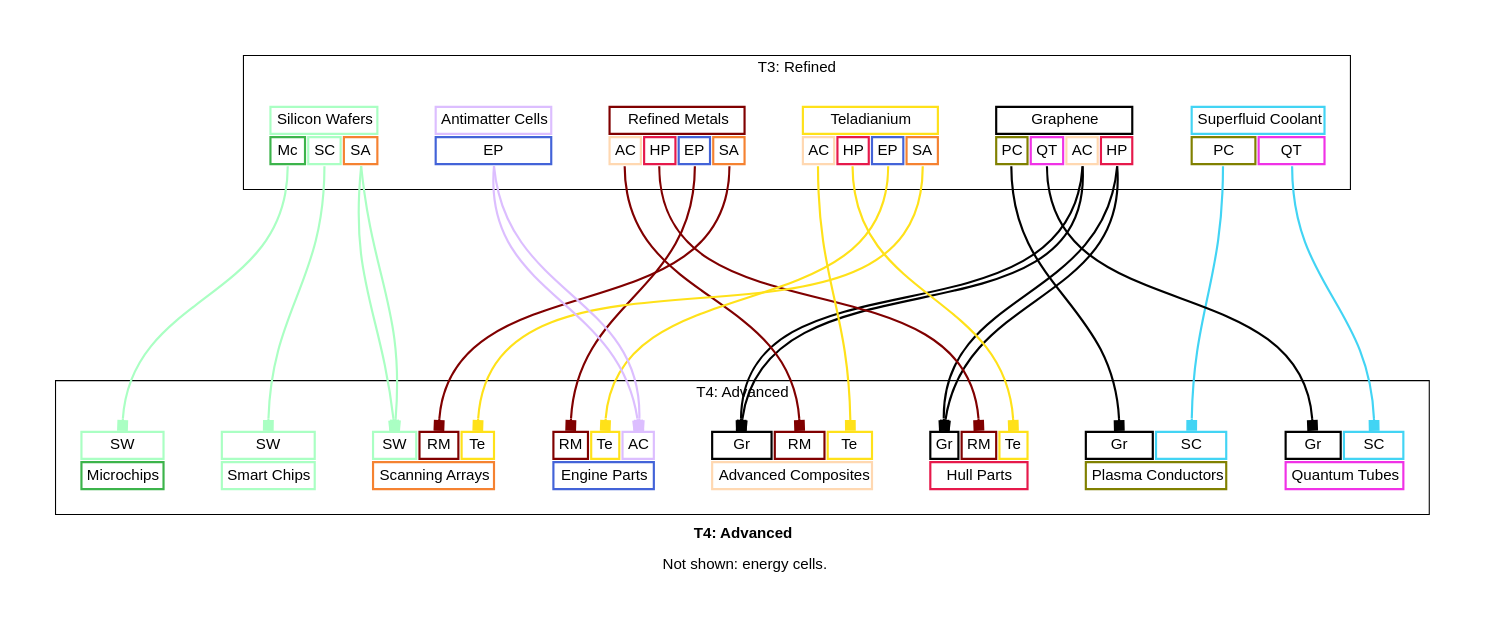
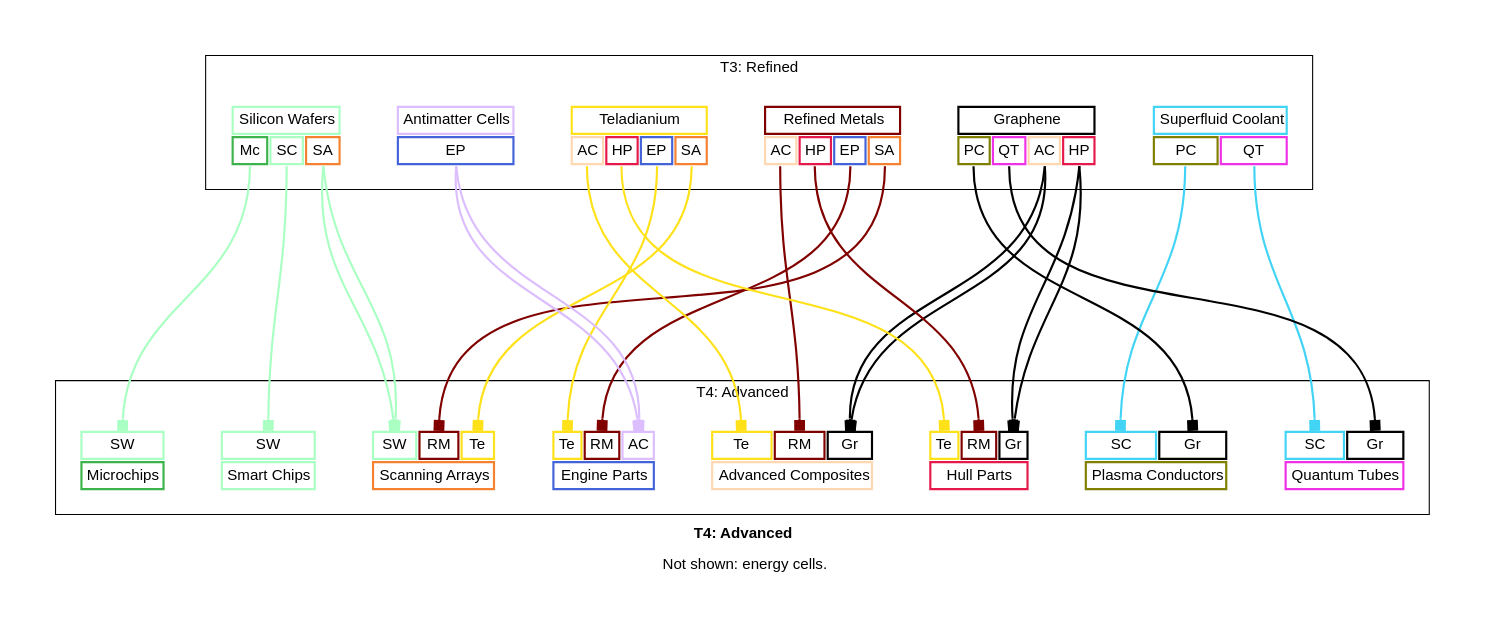
One commit to borntyping/x4-diagrams changed the diagram in docs/t4_advanced_graph_simplified.dot. Above: the diagram before and after it, drawn with Graphviz. The commit also changed other lines of this file and 47 other files, not shown here.

```diff
--- a/docs/t4_advanced_graph_simplified.dot
+++ b/docs/t4_advanced_graph_simplified.dot
@@ -116,9 +116,9 @@
   
     <tr>
       
+        <td align="text" bgcolor="white" color="#42d4f4" port="superfluid_coolant">SC</td>
+      
         <td align="text" bgcolor="white" color="#000000" port="graphene">Gr</td>
-      
-        <td align="text" bgcolor="white" color="#42d4f4" port="superfluid_coolant">SC</td>
       
     </tr>
   
@@ -131,9 +131,9 @@
   
     <tr>
       
+        <td align="text" bgcolor="white" color="#42d4f4" port="superfluid_coolant">SC</td>
+      
         <td align="text" bgcolor="white" color="#000000" port="graphene">Gr</td>
-      
-        <td align="text" bgcolor="white" color="#42d4f4" port="superfluid_coolant">SC</td>
       
     </tr>
   
@@ -146,11 +146,11 @@
   
     <tr>
       
-        <td align="text" bgcolor="white" color="#000000" port="graphene">Gr</td>
+        <td align="text" bgcolor="white" color="#ffe119" port="teladianium">Te</td>
       
         <td align="text" bgcolor="white" color="#800000" port="refined_metals">RM</td>
       
-        <td align="text" bgcolor="white" color="#ffe119" port="teladianium">Te</td>
+        <td align="text" bgcolor="white" color="#000000" port="graphene">Gr</td>
       
     </tr>
   
@@ -163,11 +163,11 @@
   
     <tr>
       
-        <td align="text" bgcolor="white" color="#000000" port="graphene">Gr</td>
+        <td align="text" bgcolor="white" color="#ffe119" port="teladianium">Te</td>
       
         <td align="text" bgcolor="white" color="#800000" port="refined_metals">RM</td>
       
-        <td align="text" bgcolor="white" color="#ffe119" port="teladianium">Te</td>
+        <td align="text" bgcolor="white" color="#000000" port="graphene">Gr</td>
       
     </tr>
   
@@ -180,9 +180,9 @@
   
     <tr>
       
+        <td align="text" bgcolor="white" color="#ffe119" port="teladianium">Te</td>
+      
         <td align="text" bgcolor="white" color="#800000" port="refined_metals">RM</td>
-      
-        <td align="text" bgcolor="white" color="#ffe119" port="teladianium">Te</td>
       
         <td align="text" bgcolor="white" color="#dcbeff" port="antimatter_cells">AC</td>
       
```
